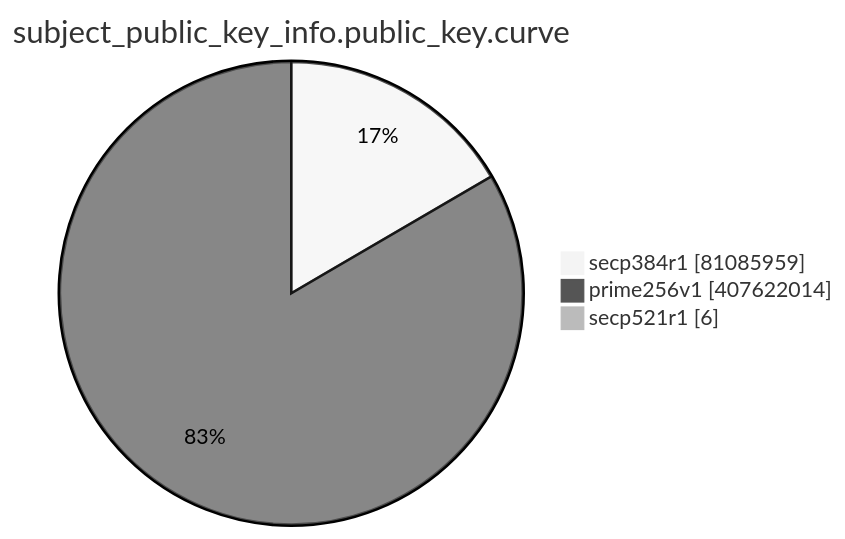
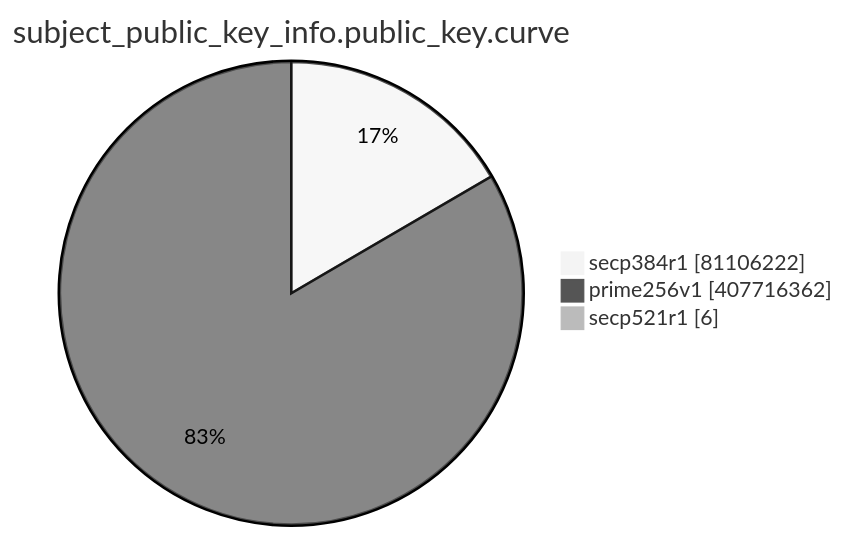
Before and after one commit to christiankrug/ctmonitor_visualization: the eighth of 15 diagrams in TOTAL/README.md, drawn with Mermaid (neutral theme). The commit also changed other lines of this file, not shown here.

````diff
--- a/TOTAL/README.md
+++ b/TOTAL/README.md
@@ -3096,7 +3096,7 @@
 ```mermaid
 pie showData
 title subject_public_key_info.public_key.curve
-"secp384r1" :81085959
-"prime256v1" :407622014
+"secp384r1" :81106222
+"prime256v1" :407716362
 "secp521r1" :6
 ```
````
